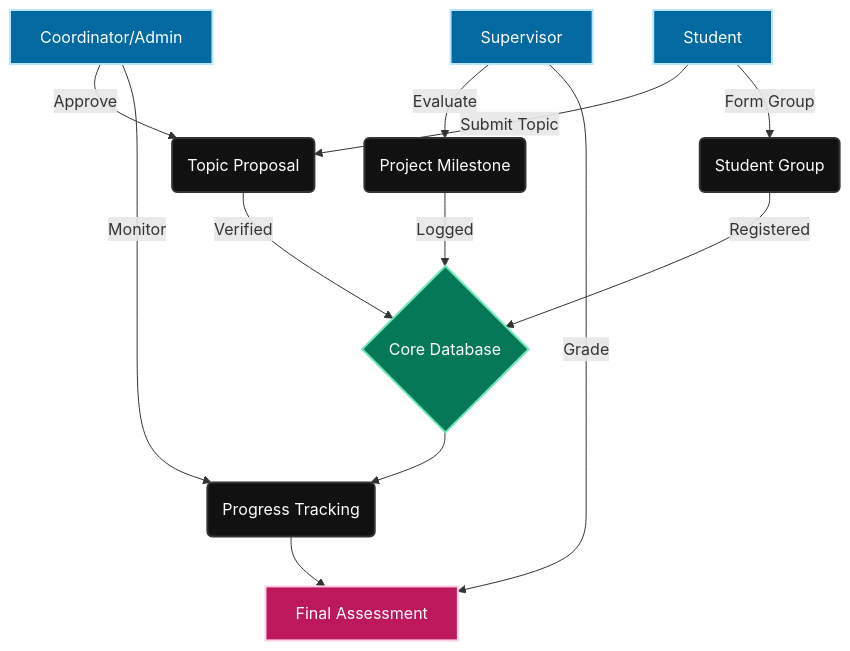
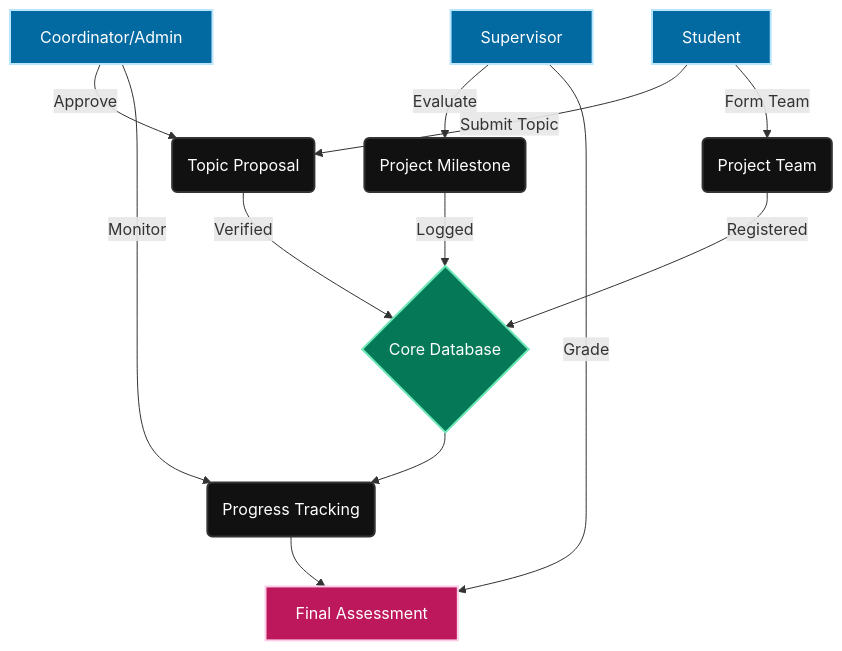
The diagram in README.md (SwetabhSingh17/APMS), drawn with Mermaid before and after one commit. The commit also changed other lines of this file and 7 other files, not shown here.

Commit message:
chore: Rename Group terminology to Project Team across UI and docs

````diff
--- a/README.md
+++ b/README.md
@@ -44,24 +44,24 @@
 ```mermaid
 graph TD
     %% Styling
     classDef default fill:#111,stroke:#333,stroke-width:2px,color:#fff;
     classDef user fill:#0369a1,stroke:#bae6fd,stroke-width:2px,color:#fff;
     classDef core fill:#047857,stroke:#6ee7b7,stroke-width:2px,color:#fff;
     classDef output fill:#be185d,stroke:#fbcfe8,stroke-width:2px,color:#fff;
 
     %% Nodes
     A[Student]:::user -->|Submit Topic| B(Topic Proposal)
-    A -->|Form Group| C(Student Group)
+    A -->|Form Team| C(Project Team)
     
     D[Supervisor]:::user -->|Evaluate| E(Project Milestone)
     D -->|Grade| F[Final Assessment]:::output
     
     G[Coordinator/Admin]:::user -->|Approve| B
     G -->|Monitor| H(Progress Tracking)
     
     B -->|Verified| I{Core Database}:::core
     C -->|Registered| I
     E -->|Logged| I
     I --> H
     H --> F
 ```
````
